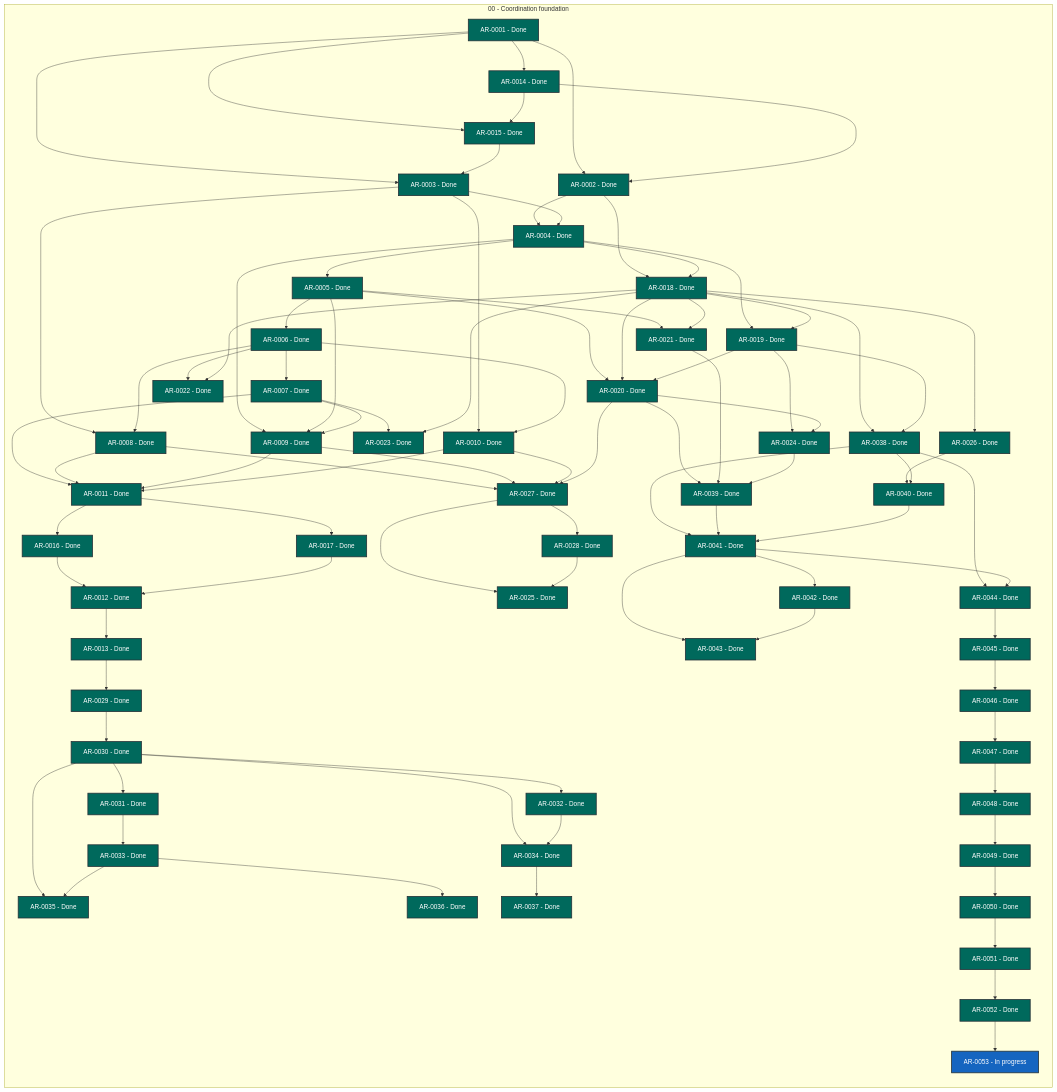
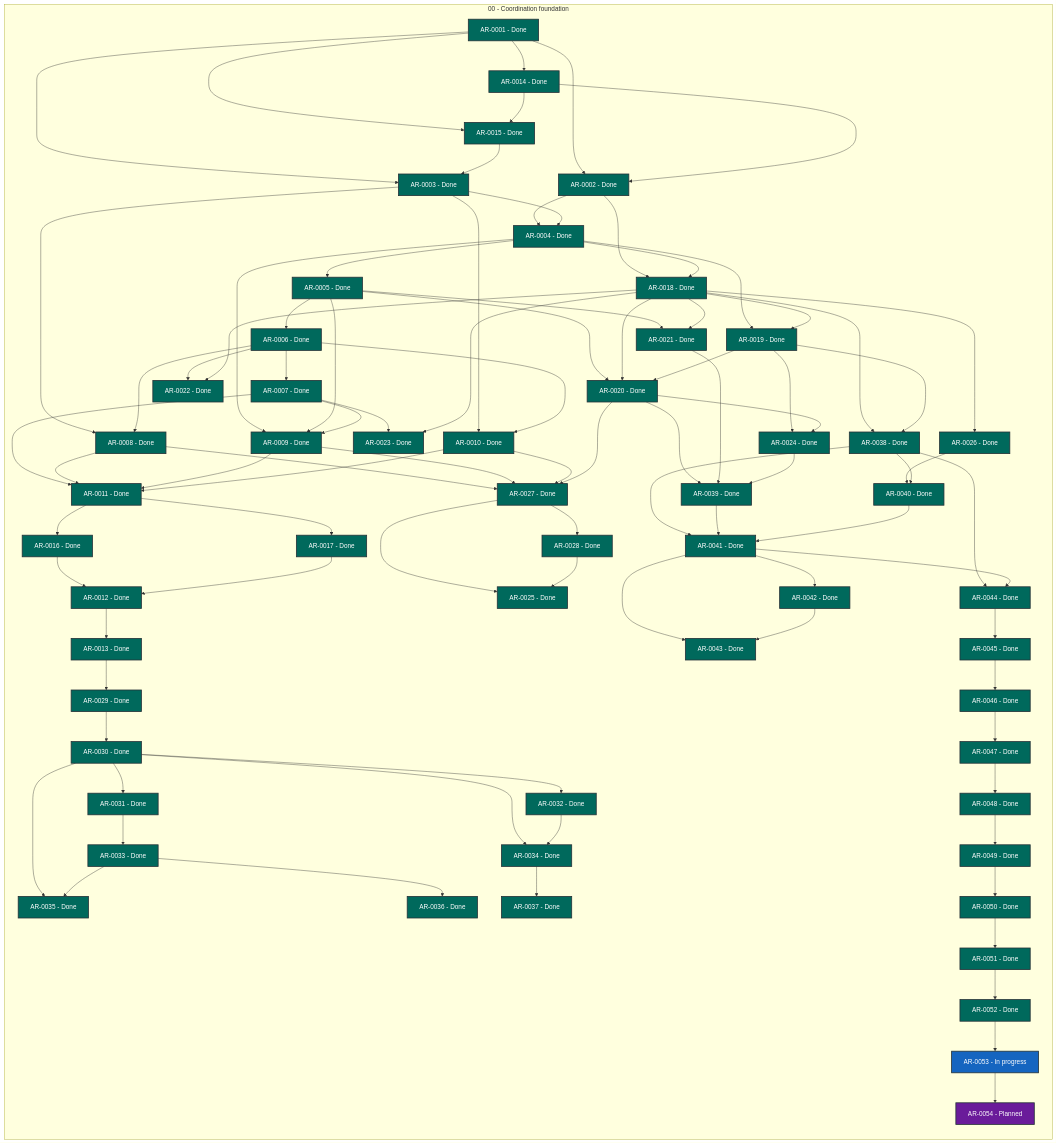
The diagram in STATUS.md (martin-beck/agent-workflow-tui-state), drawn with Mermaid before and after one commit. The commit also changed other lines of this file and 3 other files, not shown here.

```diff
--- a/STATUS.md
+++ b/STATUS.md
@@ -81,6 +81,7 @@
         AR_0051["AR-0051 - Done"]:::status_done
         AR_0052["AR-0052 - Done"]:::status_done
         AR_0053["AR-0053 - In progress"]:::status_in_progress
+        AR_0054["AR-0054 - Planned"]:::status_planned
     end
     AR_0001 --> AR_0002
     AR_0001 --> AR_0003
@@ -168,6 +169,7 @@
     AR_0050 --> AR_0051
     AR_0051 --> AR_0052
     AR_0052 --> AR_0053
+    AR_0053 --> AR_0054
     classDef status_in_progress fill:#1565c0,color:#ffffff,stroke:#263238,stroke-width:2px
     classDef status_open fill:#2e7d32,color:#ffffff,stroke:#263238,stroke-width:2px
     classDef status_blocked fill:#c62828,color:#ffffff,stroke:#263238,stroke-width:2px
```
